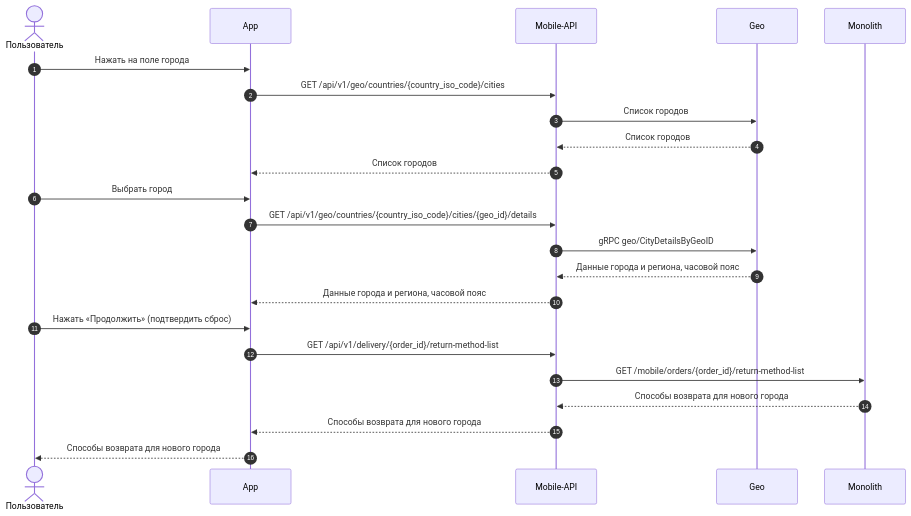
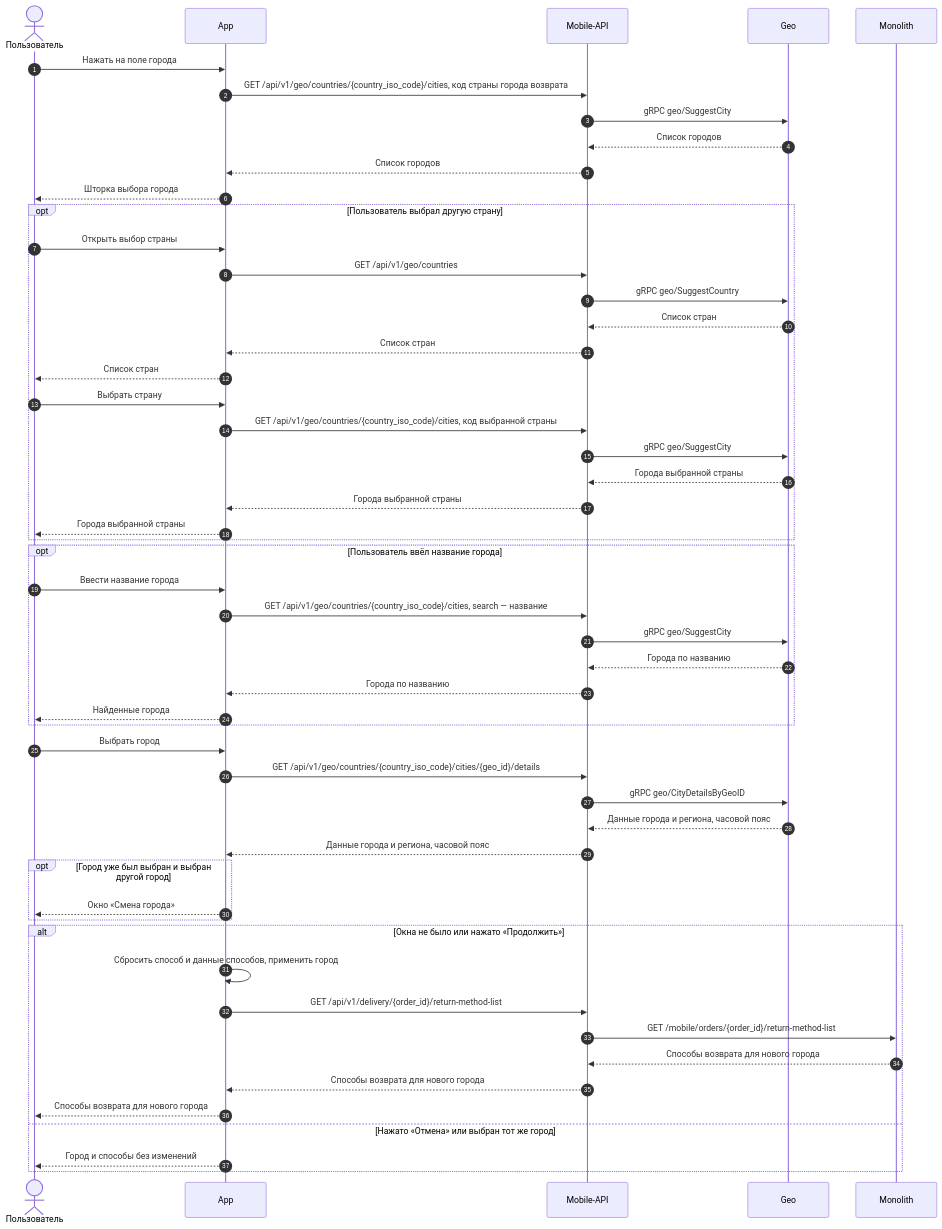
One commit to Terinss155/opencode-agents-analysis changed the sixth of 20 diagrams in projects/returns-2.0/requirements/srs/srs-mobile-mvp.md. Above: the diagram before and after it, drawn with Mermaid. The commit also changed other lines of this file and 40 other files, not shown here.

````diff
--- a/projects/returns-2.0/requirements/srs/srs-mobile-mvp.md
+++ b/projects/returns-2.0/requirements/srs/srs-mobile-mvp.md
@@ -401,26 +408,56 @@
 ```mermaid
 sequenceDiagram
     autonumber
     actor U as Пользователь
     participant APP as App
     participant API as Mobile-API
     participant GEO as Geo
     participant MON as Monolith
 
     U->>APP: Нажать на поле города
-    APP->>API: GET /api/v1/geo/countries/{country_iso_code}/cities
-    API->>GEO: Список городов
+    APP->>API: GET /api/v1/geo/countries/{country_iso_code}/cities, код страны города возврата
+    API->>GEO: gRPC geo/SuggestCity
     GEO-->>API: Список городов
     API-->>APP: Список городов
+    APP-->>U: Шторка выбора города
+    opt Пользователь выбрал другую страну
+        U->>APP: Открыть выбор страны
+        APP->>API: GET /api/v1/geo/countries
+        API->>GEO: gRPC geo/SuggestCountry
+        GEO-->>API: Список стран
+        API-->>APP: Список стран
+        APP-->>U: Список стран
+        U->>APP: Выбрать страну
+        APP->>API: GET /api/v1/geo/countries/{country_iso_code}/cities, код выбранной страны
+        API->>GEO: gRPC geo/SuggestCity
+        GEO-->>API: Города выбранной страны
+        API-->>APP: Города выбранной страны
+        APP-->>U: Города выбранной страны
+    end
+    opt Пользователь ввёл название города
+        U->>APP: Ввести название города
+        APP->>API: GET /api/v1/geo/countries/{country_iso_code}/cities, search — название
+        API->>GEO: gRPC geo/SuggestCity
+        GEO-->>API: Города по названию
+        API-->>APP: Города по названию
+        APP-->>U: Найденные города
+    end
     U->>APP: Выбрать город
     APP->>API: GET /api/v1/geo/countries/{country_iso_code}/cities/{geo_id}/details
     API->>GEO: gRPC geo/CityDetailsByGeoID
     GEO-->>API: Данные города и региона, часовой пояс
     API-->>APP: Данные города и региона, часовой пояс
-    U->>APP: Нажать «Продолжить» (подтвердить сброс)
-    APP->>API: GET /api/v1/delivery/{order_id}/return-method-list
-    API->>MON: GET /mobile/orders/{order_id}/return-method-list
-    MON-->>API: Способы возврата для нового города
-    API-->>APP: Способы возврата для нового города
-    APP-->>U: Способы возврата для нового города
+    opt Город уже был выбран и выбран другой город
+        APP-->>U: Окно «Смена города»
+    end
+    alt Окна не было или нажато «Продолжить»
+        APP->>APP: Сбросить способ и данные способов, применить город
+        APP->>API: GET /api/v1/delivery/{order_id}/return-method-list
+        API->>MON: GET /mobile/orders/{order_id}/return-method-list
+        MON-->>API: Способы возврата для нового города
+        API-->>APP: Способы возврата для нового города
+        APP-->>U: Способы возврата для нового города
+    else Нажато «Отмена» или выбран тот же город
+        APP-->>U: Город и способы без изменений
+    end
 ```
````
